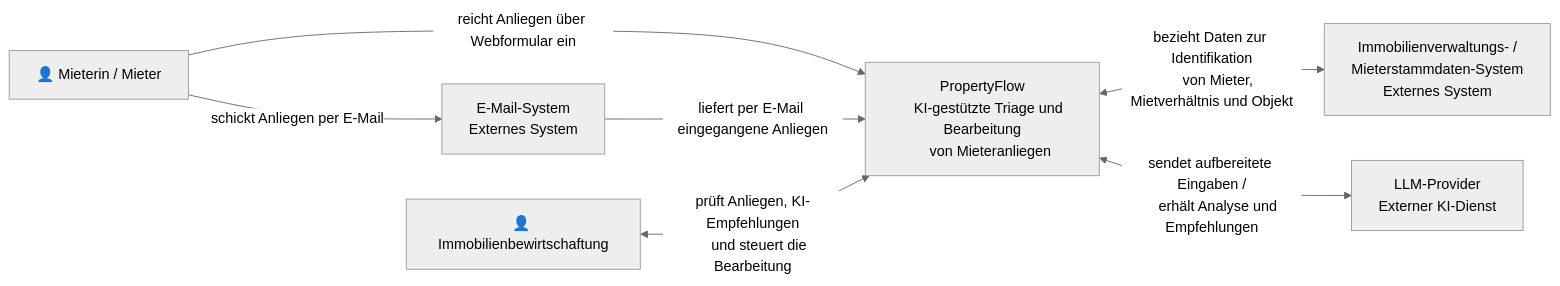
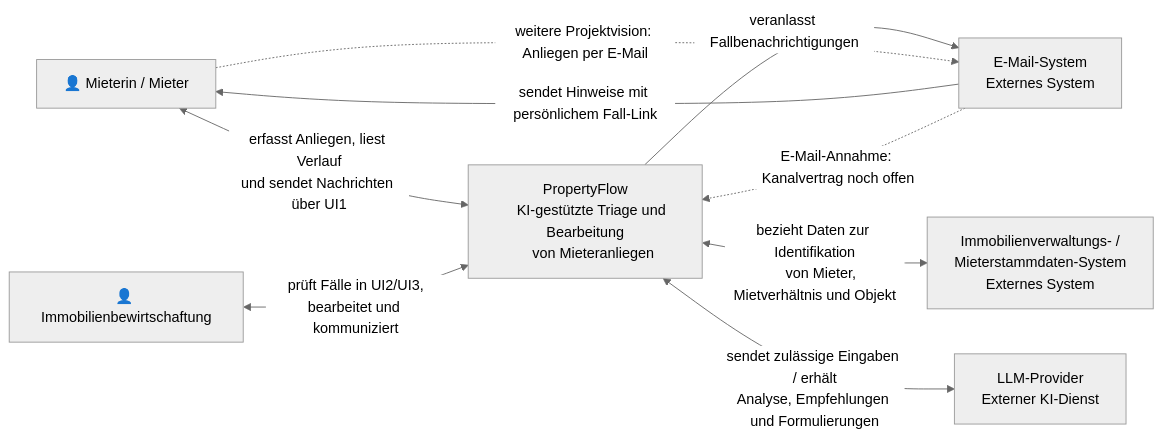
The diagram in docs/architecture/c4-context.md (permarco/propertyflow), drawn with Mermaid (neutral theme) before and after one commit. The commit also changed other lines of this file and 20 other files, not shown here.

````diff
--- a/docs/architecture/c4-context.md
+++ b/docs/architecture/c4-context.md
@@ -6,32 +11,32 @@
 ```mermaid
 flowchart LR
     M["👤 Mieterin / Mieter"]
     B["👤 Immobilienbewirtschaftung"]
 
     PF["PropertyFlow
     KI-gestützte Triage und Bearbeitung
     von Mieteranliegen"]
 
     MAIL["E-Mail-System
     Externes System"]
 
     ERP["Immobilienverwaltungs- /
     Mieterstammdaten-System
     Externes System"]
 
     LLM["LLM-Provider
     Externer KI-Dienst"]
 
-    M -->|"reicht Anliegen über Webformular ein"| PF
-    M -->|"schickt Anliegen per E-Mail"| MAIL
-    MAIL -->|"liefert per E-Mail eingegangene Anliegen"| PF
+    M <-->|"erfasst Anliegen, liest Verlauf<br/>und sendet Nachrichten über UI1"| PF
+    PF -->|"veranlasst Fallbenachrichtigungen"| MAIL
+    MAIL -->|"sendet Hinweise mit persönlichem Fall-Link"| M
+    M -.->|"weitere Projektvision: Anliegen per E-Mail"| MAIL
+    MAIL -.->|"E-Mail-Annahme: Kanalvertrag noch offen"| PF
 
-    B <-->|"prüft Anliegen, KI-Empfehlungen
-    und steuert die Bearbeitung"| PF
+    B <-->|"prüft Fälle in UI2/UI3,<br/>bearbeitet und kommuniziert"| PF
 
     PF <-->|"bezieht Daten zur Identifikation
     von Mieter, Mietverhältnis und Objekt"| ERP
 
-    PF <-->|"sendet aufbereitete Eingaben /
-    erhält Analyse und Empfehlungen"| LLM
+    PF <-->|"sendet zulässige Eingaben / erhält<br/>Analyse, Empfehlungen und Formulierungen"| LLM
 ```
````
